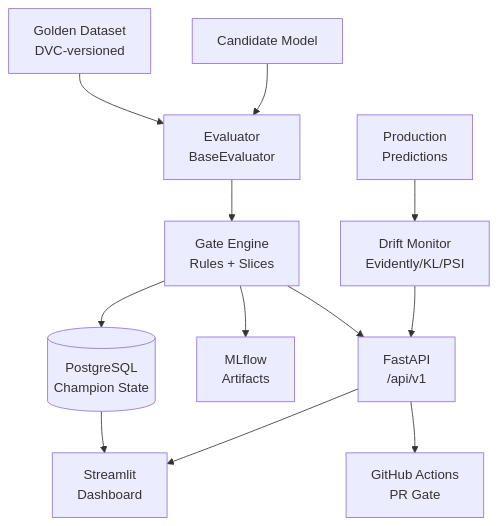
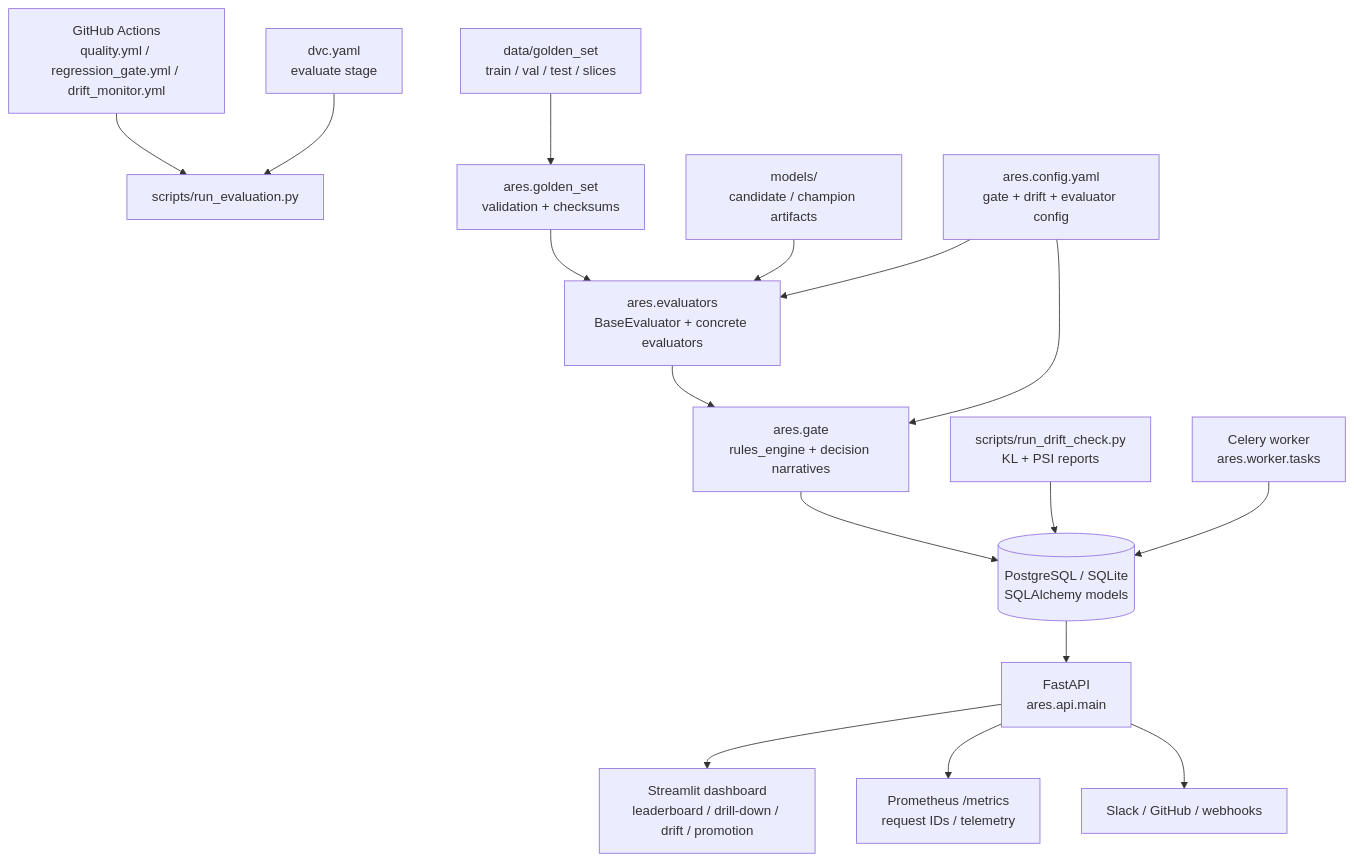
One commit to Rytnix786/Ares changed the diagram in README.md. Above: the diagram before and after it, drawn with Mermaid. The commit also changed other lines of this file, not shown here.

````diff
--- a/README.md
+++ b/README.md
@@ -45,14 +56,18 @@
 ```mermaid
-graph TD
-    DS[Golden Dataset<br/>DVC-versioned] --> EV[Evaluator<br/>BaseEvaluator]
-    CM[Candidate Model] --> EV
-    EV --> GA[Gate Engine<br/>Rules + Slices]
-    GA --> DB[(PostgreSQL<br/>Champion State)]
-    GA --> ML[MLflow<br/>Artifacts]
-    GA --> AP[FastAPI<br/>/api/v1]
-    AP --> DH[Streamlit<br/>Dashboard]
-    AP --> CI[GitHub Actions<br/>PR Gate]
-    DB --> DH
-    PR[Production<br/>Predictions] --> DR[Drift Monitor<br/>Evidently/KL/PSI]
-    DR --> AP
+flowchart TD
+    GH[GitHub Actions<br/>quality.yml / regression_gate.yml / drift_monitor.yml] --> CLI[scripts/run_evaluation.py]
+    DVC[dvc.yaml<br/>evaluate stage] --> CLI
+    DATA[data/golden_set<br/>train / val / test / slices] --> VALIDATE[ares.golden_set<br/>validation + checksums]
+    VALIDATE --> EVAL[ares.evaluators<br/>BaseEvaluator + concrete evaluators]
+    MODEL[models/<br/>candidate / champion artifacts] --> EVAL
+    CONFIG[ares.config.yaml<br/>gate + drift + evaluator config] --> EVAL
+    CONFIG --> GATE[ares.gate<br/>rules_engine + decision narratives]
+    EVAL --> GATE
+    GATE --> DB[(PostgreSQL / SQLite<br/>SQLAlchemy models)]
+    DB --> API[FastAPI<br/>ares.api.main]
+    API --> DASH[Streamlit dashboard<br/>leaderboard / drill-down / drift / promotion]
+    API --> PROM[Prometheus /metrics<br/>request IDs / telemetry]
+    API --> NOTIFY[Slack / GitHub / webhooks]
+    DRIFT[scripts/run_drift_check.py<br/>KL + PSI reports] --> DB
+    WORKER[Celery worker<br/>ares.worker.tasks] --> DB
 ```
````
